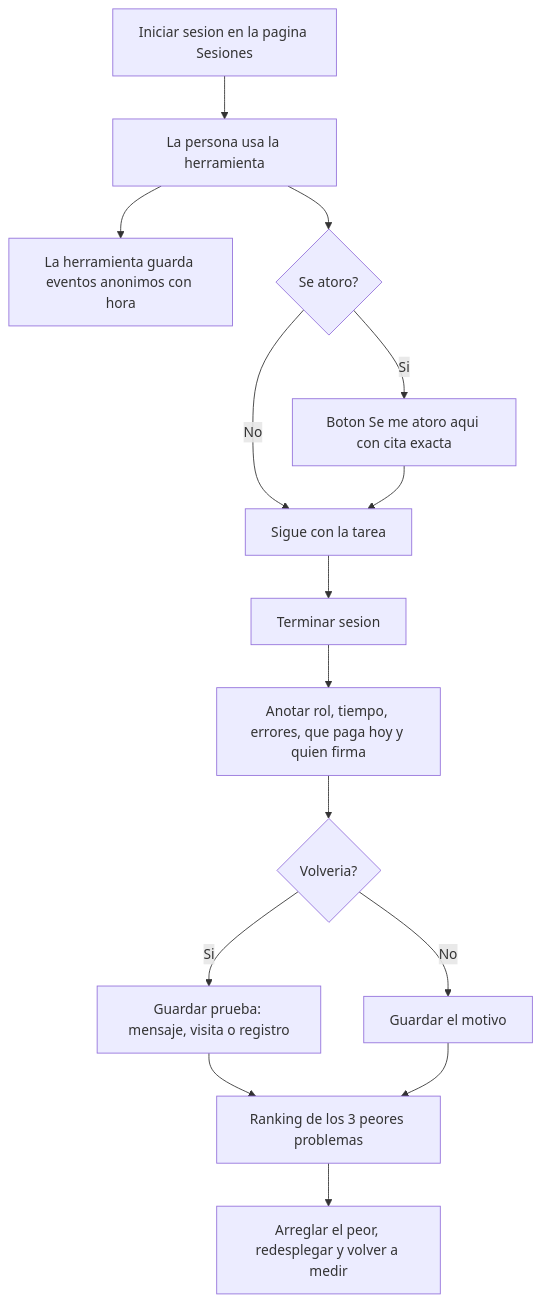
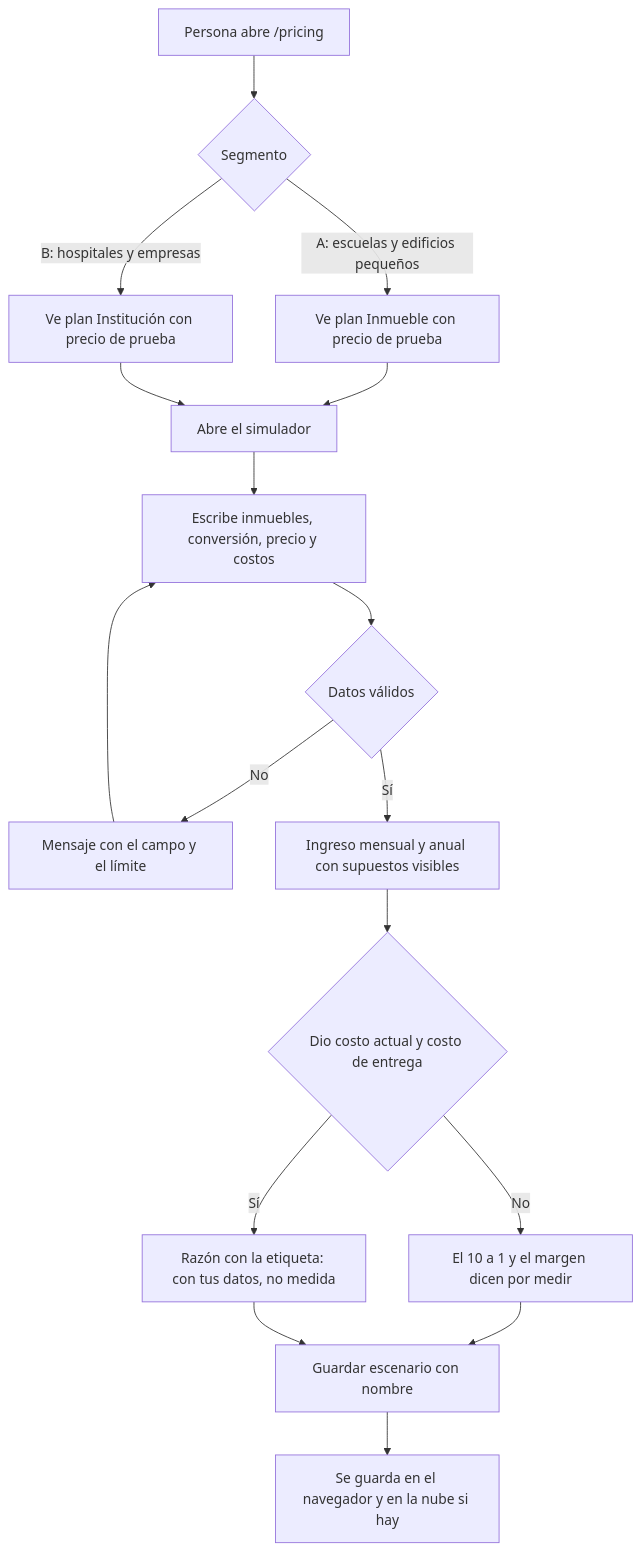
The first of 2 diagrams in docs/PACKET.md (nicofloresbuilder-code/croquisvivo), drawn with Mermaid before and after one commit. The commit also changed other lines of this file and 3 other files, not shown here.

First line of the commit message:
Packet de la semana 14 antes del codigo: precios, dos segmentos, simulador, flujo, benchmark, condiciones del Blueprint y plan de pruebas

````diff
--- a/docs/PACKET.md
+++ b/docs/PACKET.md
@@ -27,17 +22,19 @@
 ```mermaid
 flowchart TD
-    A[Iniciar sesion en la pagina Sesiones] --> B[La persona usa la herramienta]
-    B --> C[La herramienta guarda eventos anonimos con hora]
-    B --> D{Se atoro?}
-    D -->|Si| E[Boton Se me atoro aqui con cita exacta]
-    D -->|No| F[Sigue con la tarea]
-    E --> F
-    F --> G[Terminar sesion]
-    G --> H[Anotar rol, tiempo, errores, que paga hoy y quien firma]
-    H --> I{Volveria?}
-    I -->|Si| J[Guardar prueba: mensaje, visita o registro]
-    I -->|No| K[Guardar el motivo]
-    J --> L[Ranking de los 3 peores problemas]
-    K --> L
-    L --> M[Arreglar el peor, redesplegar y volver a medir]
+  A[Persona abre /pricing] --> B{Segmento}
+  B -->|A: escuelas y edificios pequeños| C[Ve plan Inmueble con precio de prueba]
+  B -->|B: hospitales y empresas| D[Ve plan Institución con precio de prueba]
+  C --> E[Abre el simulador]
+  D --> E
+  E --> F[Escribe inmuebles, conversión, precio y costos]
+  F --> G{Datos válidos}
+  G -->|No| H[Mensaje con el campo y el límite]
+  H --> F
+  G -->|Sí| I[Ingreso mensual y anual con supuestos visibles]
+  I --> J{Dio costo actual y costo de entrega}
+  J -->|No| K[El 10 a 1 y el margen dicen por medir]
+  J -->|Sí| L[Razón con la etiqueta: con tus datos, no medida]
+  K --> M[Guardar escenario con nombre]
+  L --> M
+  M --> N[Se guarda en el navegador y en la nube si hay]
 ```
````
